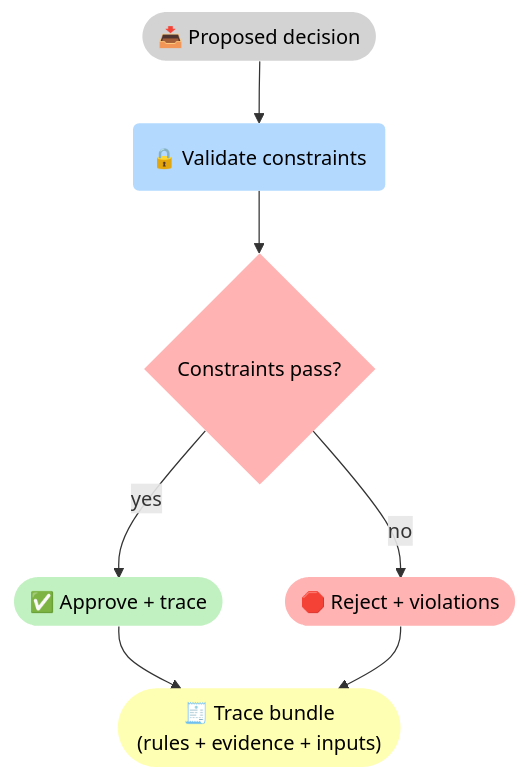
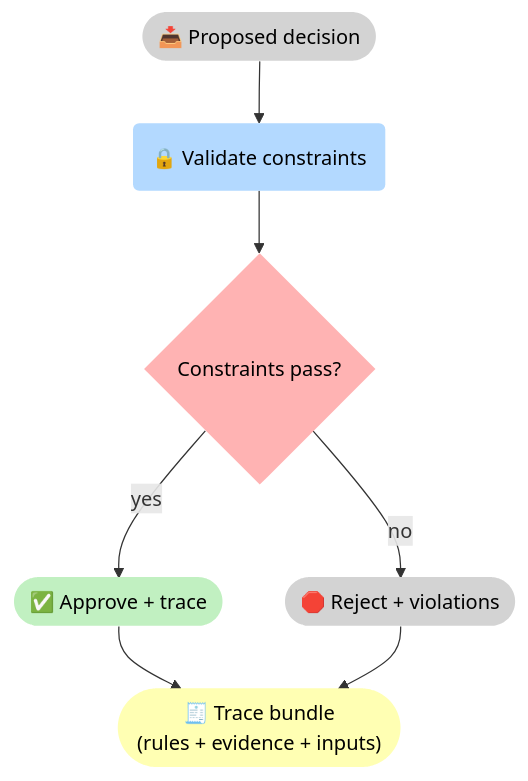
One commit to 5Reasons/5reasons.github.io changed the first of 3 diagrams in docs/case-studies/finance.md. Above: the diagram before and after it, drawn with Mermaid. The commit also changed other lines of this file and 14 other files, not shown here.

First line of the commit message:
Refactor diagrams and improve clarity in blog posts and case studies

````diff
--- a/docs/case-studies/finance.md
+++ b/docs/case-studies/finance.md
@@ -61,23 +61,23 @@
 ```mermaid
 flowchart TB
 %% Styles (brModel Standard)
 classDef i fill:#D3D3D3,stroke-width:0px,color:#000;
 classDef p fill:#B3D9FF,stroke-width:0px,color:#000;
 classDef r fill:#FFFFB3,stroke-width:0px,color:#000;
 classDef o fill:#C1F0C1,stroke-width:0px,color:#000;
 classDef s fill:#FFB3B3,stroke-width:0px,color:#000;
 
 I_Q(["📥 Proposed decision"]):::i
 P_V("🔒 Validate constraints"):::p
 G_OK{"Constraints pass?"}:::s
 O_OK(["✅ Approve + trace"]):::o
-S_NO(["🛑 Reject + violations"]):::s
+S_NO(["🛑 Reject + violations"]):::i
 R_T(["🧾 Trace bundle<br>(rules + evidence + inputs)"]):::r
 
 I_Q --> P_V --> G_OK
 G_OK -->|"yes"| O_OK --> R_T
 G_OK -->|"no"| S_NO --> R_T
 
 %% Clickable nodes
 click P_V "/methodology/constraints/" "Constraints & SHACL"
 ```
````
